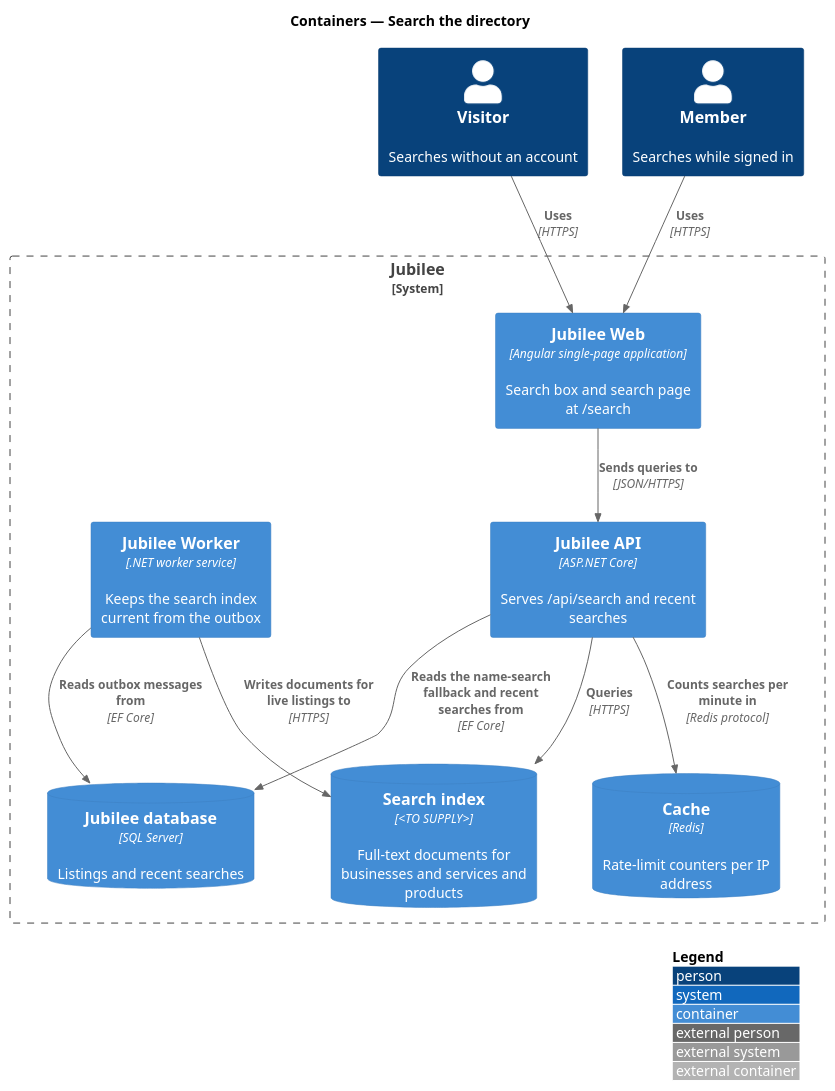
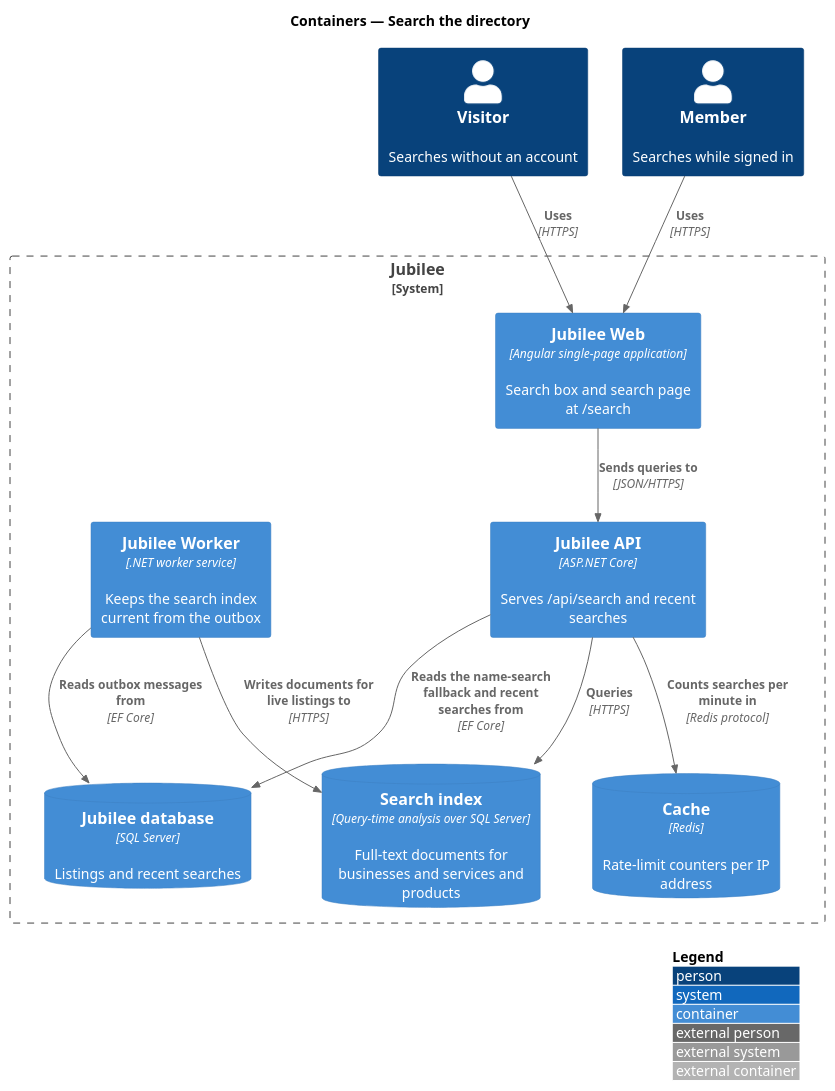
The diagram in docs/detailed-designs/directory/search-directory/diagrams/c4-container.puml (QuinntyneBrown/jubilee), drawn with PlantUML before and after one commit. The commit also changed 13 other files, not shown here.

Commit message:
Record the search index decision and align the search design and estimates

```diff
--- a/docs/detailed-designs/directory/search-directory/diagrams/c4-container.puml
+++ b/docs/detailed-designs/directory/search-directory/diagrams/c4-container.puml
@@ -1,24 +1,24 @@
 @startuml
 !include <C4/C4_Container>
 LAYOUT_WITH_LEGEND()
 title Containers — Search the directory
 
 Person(visitor, "Visitor", "Searches without an account")
 Person(member, "Member", "Searches while signed in")
 System_Boundary(jubilee, "Jubilee") {
   Container(web, "Jubilee Web", "Angular single-page application", "Search box and search page at /search")
   Container(api, "Jubilee API", "ASP.NET Core", "Serves /api/search and recent searches")
   Container(worker, "Jubilee Worker", ".NET worker service", "Keeps the search index current from the outbox")
-  ContainerDb(index, "Search index", "<TO SUPPLY>", "Full-text documents for businesses and services and products")
+  ContainerDb(index, "Search index", "Query-time analysis over SQL Server", "Full-text documents for businesses and services and products")
   ContainerDb(cache, "Cache", "Redis", "Rate-limit counters per IP address")
   ContainerDb(db, "Jubilee database", "SQL Server", "Listings and recent searches")
 }
 Rel(visitor, web, "Uses", "HTTPS")
 Rel(member, web, "Uses", "HTTPS")
 Rel(web, api, "Sends queries to", "JSON/HTTPS")
 Rel(api, index, "Queries", "HTTPS")
 Rel(api, cache, "Counts searches per minute in", "Redis protocol")
 Rel(api, db, "Reads the name-search fallback and recent searches from", "EF Core")
 Rel(worker, db, "Reads outbox messages from", "EF Core")
 Rel(worker, index, "Writes documents for live listings to", "HTTPS")
 @enduml
```
